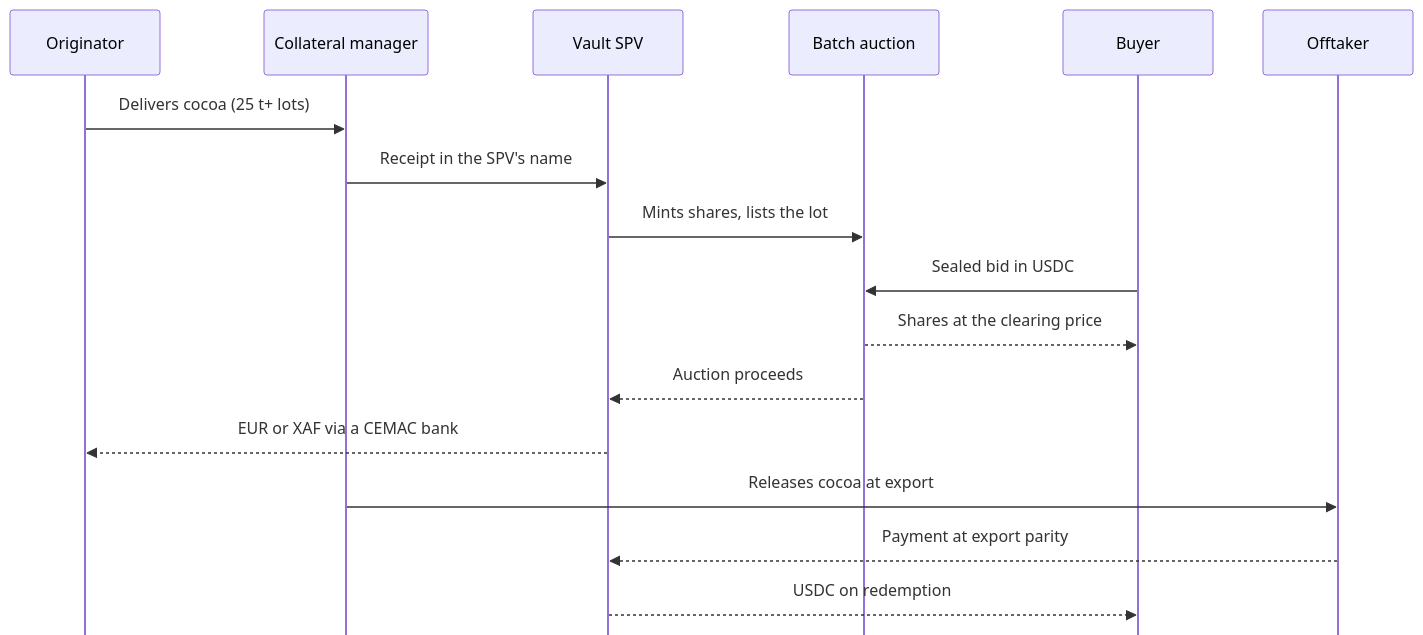
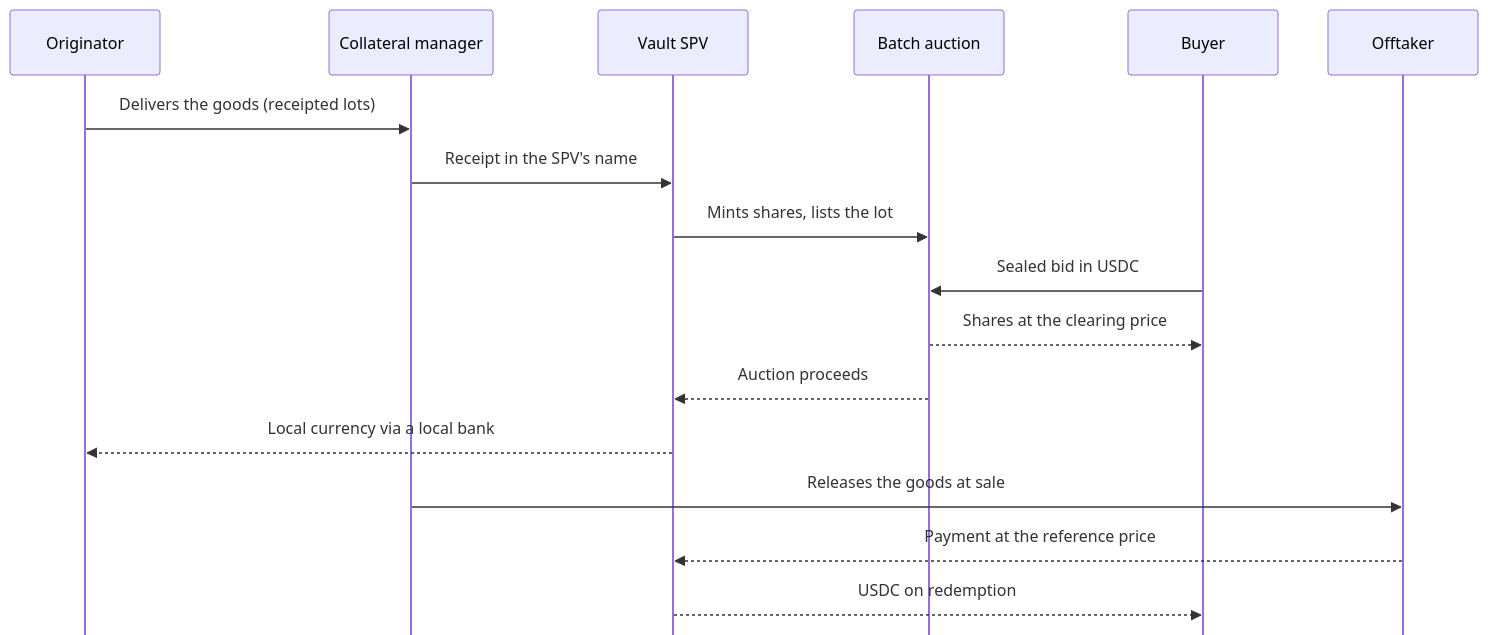
The diagram in ecosystem/protocol.mdx (cargofinance/documentation), drawn with Mermaid before and after one commit. The commit also changed other lines of this file and 32 other files, not shown here.

````diff
--- a/ecosystem/protocol.mdx
+++ b/ecosystem/protocol.mdx
@@ -25,20 +27,20 @@
 ```mermaid
 %%{init: {"sequence": {"mirrorActors": false}}}%%
 sequenceDiagram
     participant O as Originator
     participant CM as Collateral manager
     participant SPV as Vault SPV
     participant A as Batch auction
     participant B as Buyer
     participant X as Offtaker
-    O->>CM: Delivers cocoa (25 t+ lots)
+    O->>CM: Delivers the goods (receipted lots)
     CM->>SPV: Receipt in the SPV's name
     SPV->>A: Mints shares, lists the lot
     B->>A: Sealed bid in USDC
     A-->>B: Shares at the clearing price
     A-->>SPV: Auction proceeds
-    SPV-->>O: EUR or XAF via a CEMAC bank
-    CM->>X: Releases cocoa at export
-    X-->>SPV: Payment at export parity
+    SPV-->>O: Local currency via a local bank
+    CM->>X: Releases the goods at sale
+    X-->>SPV: Payment at the reference price
     SPV-->>B: USDC on redemption
 ```
````
